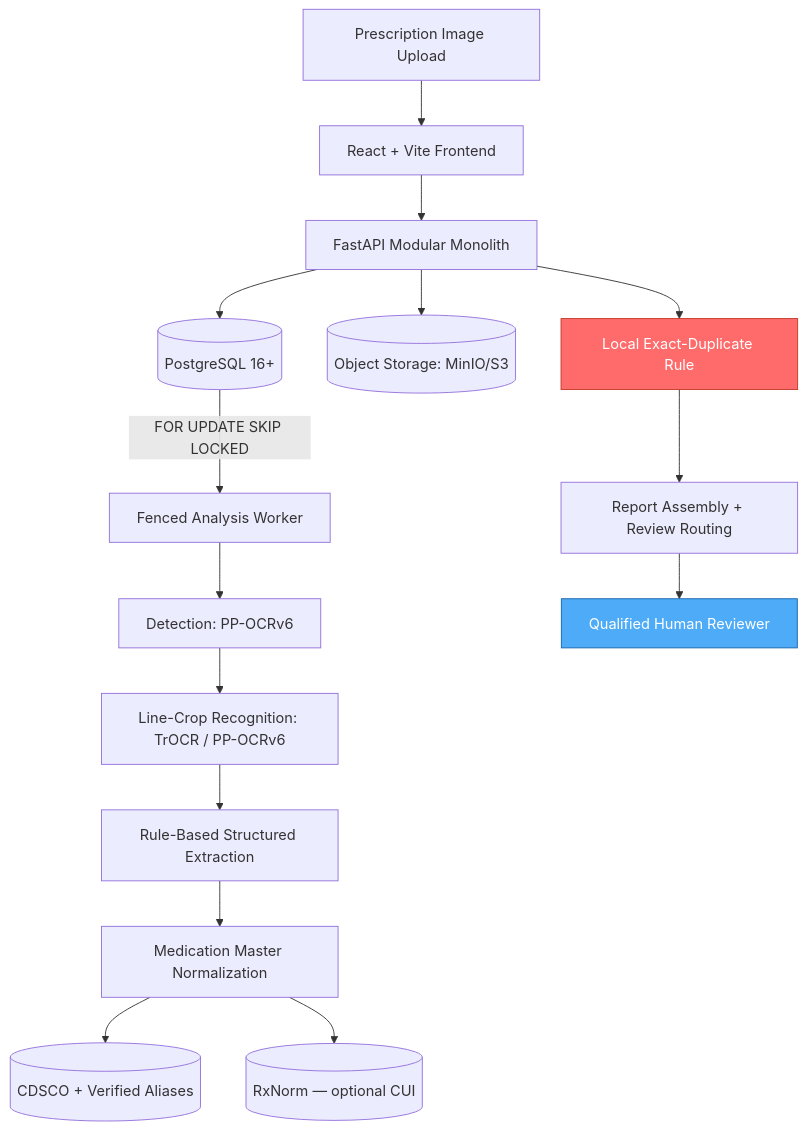
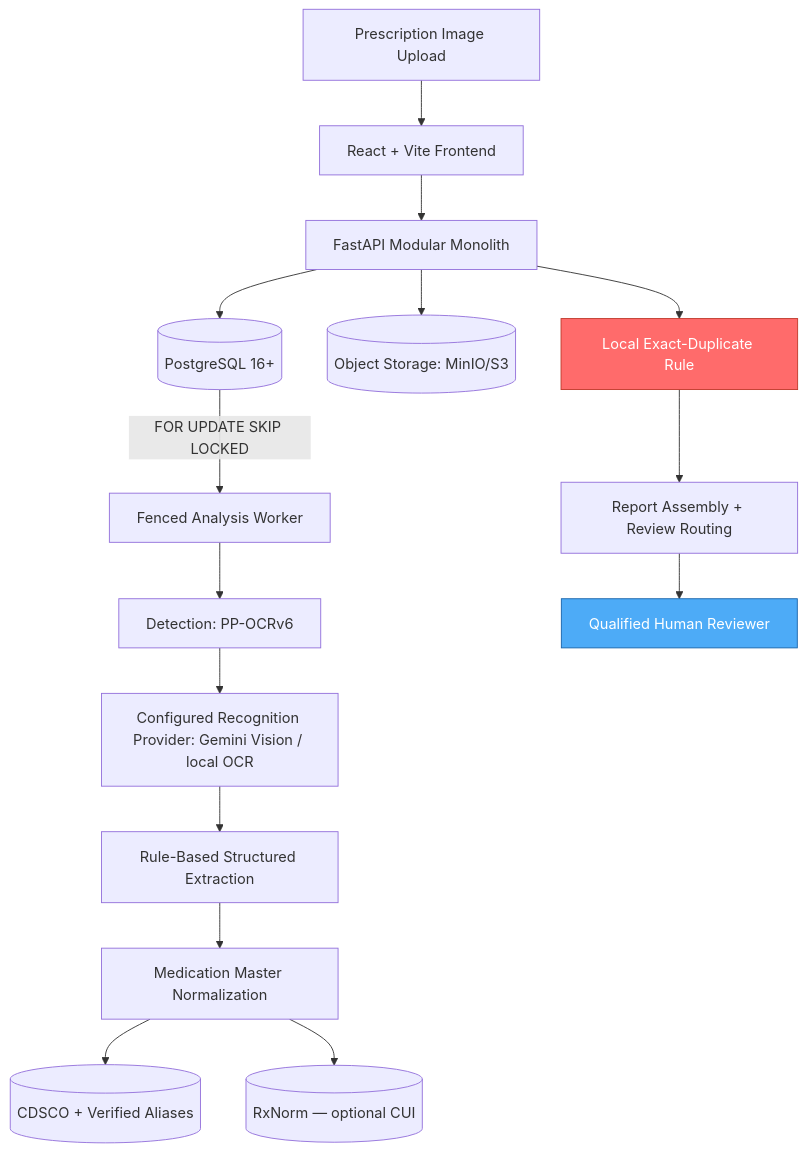
One commit to dipak0000812/Prescripto-2.0 changed the first of 2 diagrams in README.md. Above: the diagram before and after it, drawn with Mermaid. The commit also changed other lines of this file and 122 other files, not shown here.

````diff
--- a/README.md
+++ b/README.md
@@ -91,20 +91,20 @@
 ```mermaid
 graph TD
     A[Prescription Image Upload] --> B[React + Vite Frontend]
     B --> C[FastAPI Modular Monolith]
     C --> D[(PostgreSQL 16+)]
     C --> E[(Object Storage: MinIO/S3)]
     D -->|FOR UPDATE SKIP LOCKED| F[Fenced Analysis Worker]
     F --> G[Detection: PP-OCRv6]
-    G --> H[Line-Crop Recognition: TrOCR / PP-OCRv6]
+    G --> H[Configured Recognition Provider: Gemini Vision / local OCR]
     H --> I[Rule-Based Structured Extraction]
     I --> J[Medication Master Normalization]
     J --> J1[(CDSCO + Verified Aliases)]
     J --> J2[(RxNorm — optional CUI)]
     C --> K[Local Exact-Duplicate Rule]
     K --> L[Report Assembly + Review Routing]
     L --> M[Qualified Human Reviewer]
 
     style K fill:#ff6b6b,stroke:#c0392b,color:#fff
     style M fill:#4dabf7,stroke:#1864ab,color:#fff
 ```
````
